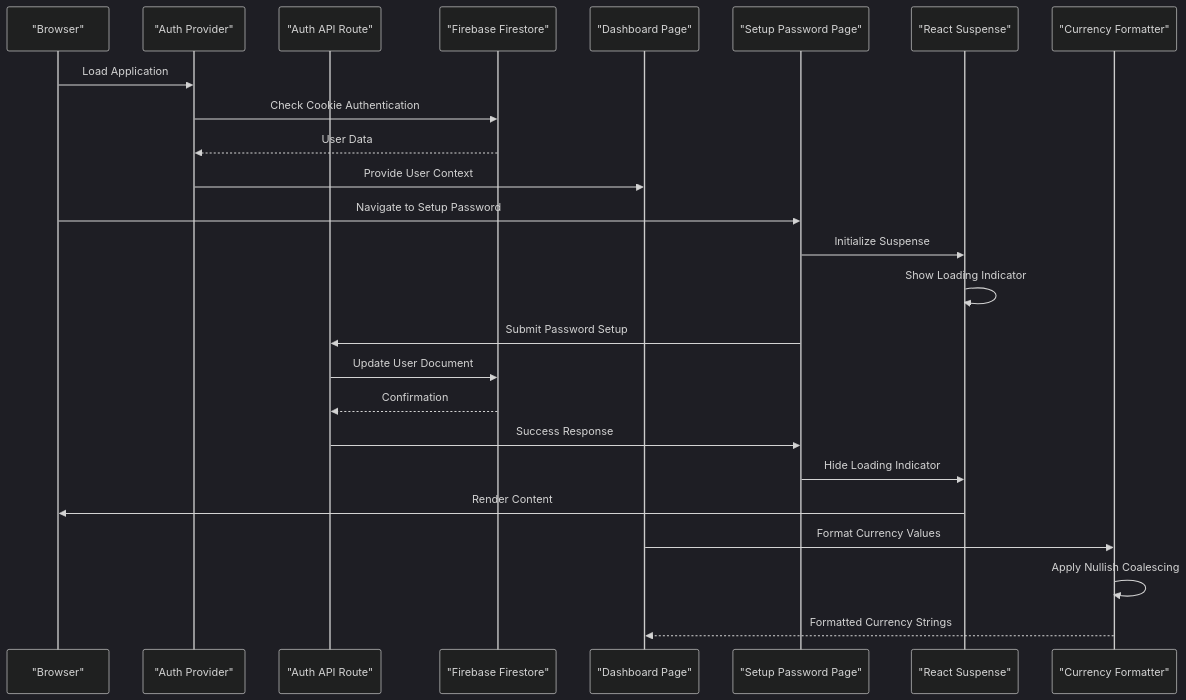
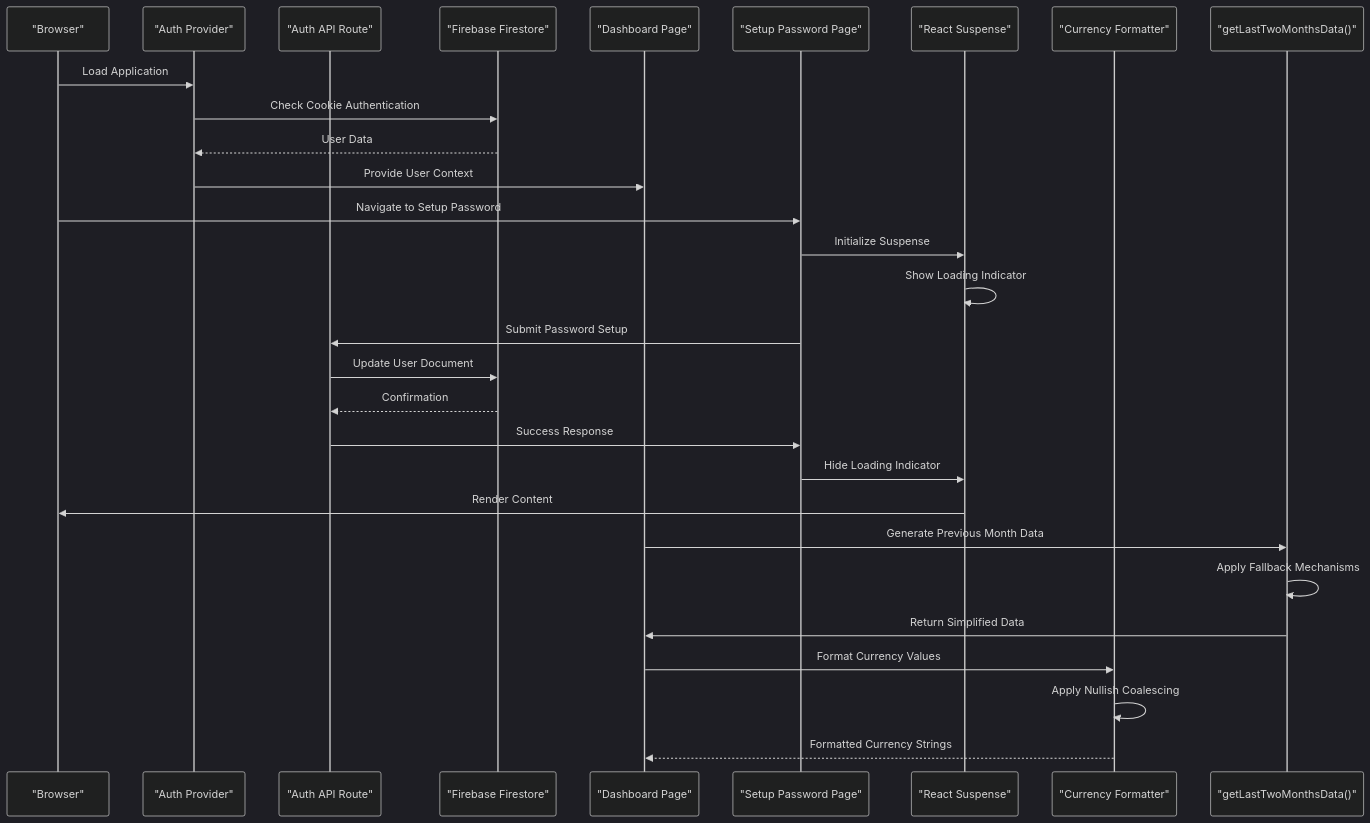
The second of 18 diagrams in .qoder/repowiki/en/content/Dashboard System.md (Unsure-bry/sampacoop_system), drawn with Mermaid (dark theme) before and after one commit. The commit also changed other lines of this file and 11 other files, not shown here.

````diff
--- a/.qoder/repowiki/en/content/Dashboard System.md
+++ b/.qoder/repowiki/en/content/Dashboard System.md
@@ -171,27 +180,31 @@
 ```mermaid
 sequenceDiagram
 participant Browser as "Browser"
 participant Auth as "Auth Provider"
 participant API as "Auth API Route"
 participant Firebase as "Firebase Firestore"
 participant Dashboard as "Dashboard Page"
 participant SetupPassword as "Setup Password Page"
 participant Suspense as "React Suspense"
 participant CurrencyFormatter as "Currency Formatter"
+participant TwoMonthsData as "getLastTwoMonthsData()"
 Browser->>Auth : Load Application
 Auth->>Firebase : Check Cookie Authentication
 Firebase-->>Auth : User Data
 Auth->>Dashboard : Provide User Context
 Browser->>SetupPassword : Navigate to Setup Password
 SetupPassword->>Suspense : Initialize Suspense
 Suspense->>Suspense : Show Loading Indicator
 SetupPassword->>API : Submit Password Setup
 API->>Firebase : Update User Document
 Firebase-->>API : Confirmation
 API->>SetupPassword : Success Response
 SetupPassword->>Suspense : Hide Loading Indicator
 Suspense->>Browser : Render Content
+Dashboard->>TwoMonthsData : Generate Previous Month Data
+TwoMonthsData->>TwoMonthsData : Apply Fallback Mechanisms
+TwoMonthsData->>Dashboard : Return Simplified Data
 Dashboard->>CurrencyFormatter : Format Currency Values
 CurrencyFormatter->>CurrencyFormatter : Apply Nullish Coalescing
 CurrencyFormatter-->>Dashboard : Formatted Currency Strings
 ```
````
